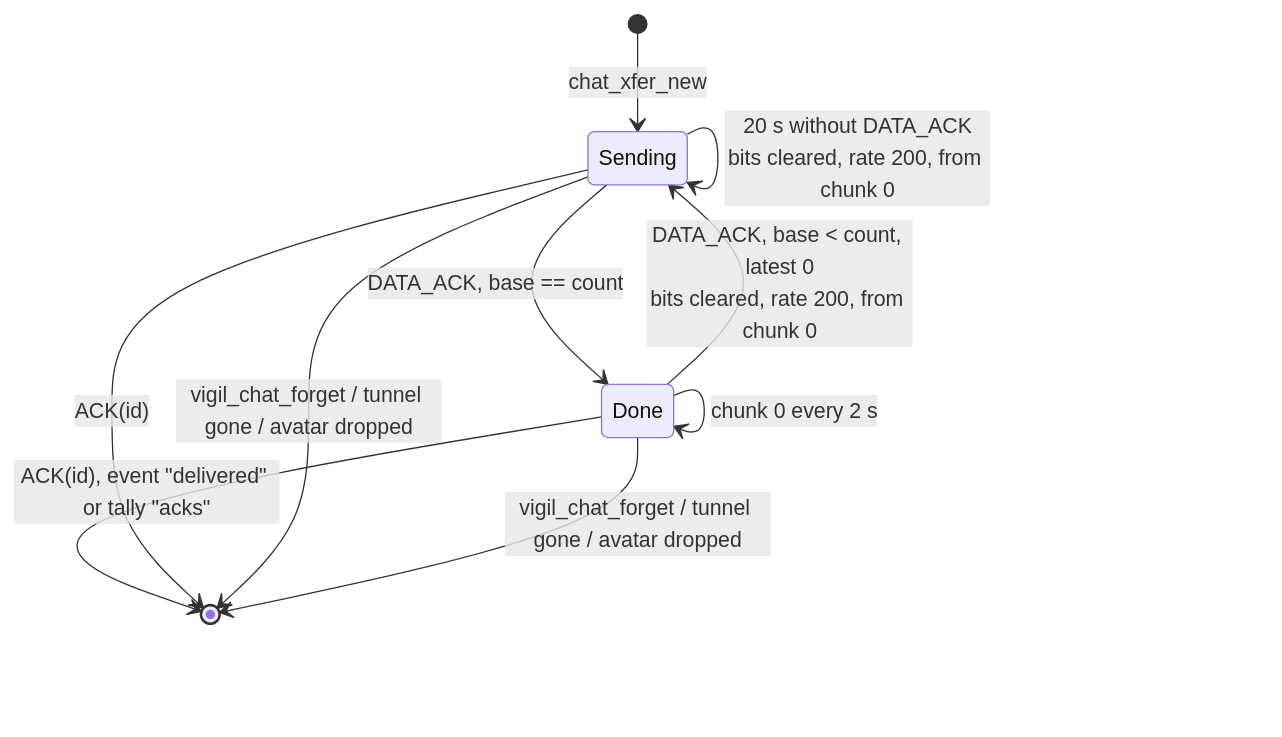
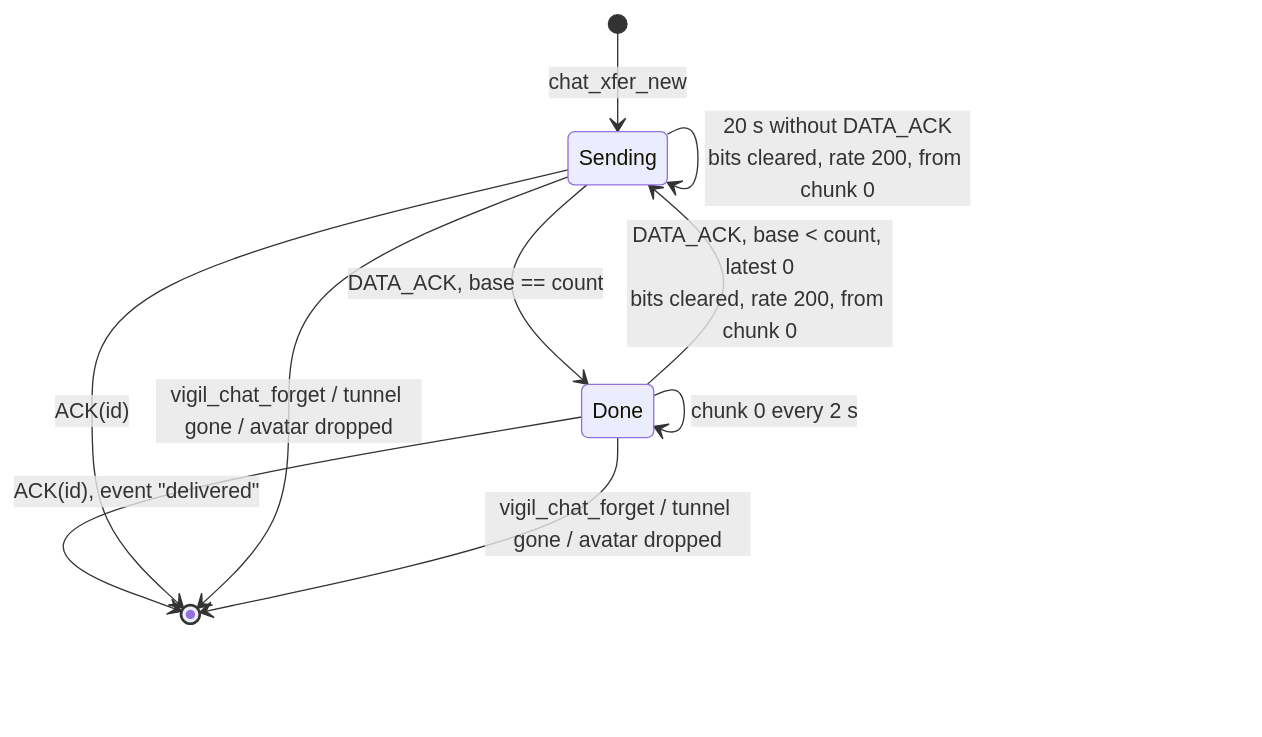
The fourth of 7 diagrams in docs/parcel.md (jorisvink/vigil), drawn with Mermaid before and after one commit. The commit also changed other lines of this file and 23 other files, not shown here.

````diff
--- a/docs/parcel.md
+++ b/docs/parcel.md
@@ -173,13 +177,13 @@
 ```mermaid
 stateDiagram-v2
     [*] --> Sending: chat_xfer_new
     Sending --> Sending: DATA_ACK, base < count
     Sending --> Sending: 20 s without DATA_ACK<br/>bits cleared, rate 200, from chunk 0
     Sending --> Done: DATA_ACK, base == count
     Done --> Done: chunk 0 every 2 s
     Done --> Sending: DATA_ACK, base < count, latest 0<br/>bits cleared, rate 200, from chunk 0
-    Done --> [*]: ACK(id), event "delivered" or tally "acks"
+    Done --> [*]: ACK(id), event "delivered"
     Sending --> [*]: ACK(id)
     Sending --> [*]: vigil_chat_forget / tunnel gone / avatar dropped
     Done --> [*]: vigil_chat_forget / tunnel gone / avatar dropped
 ```
````
